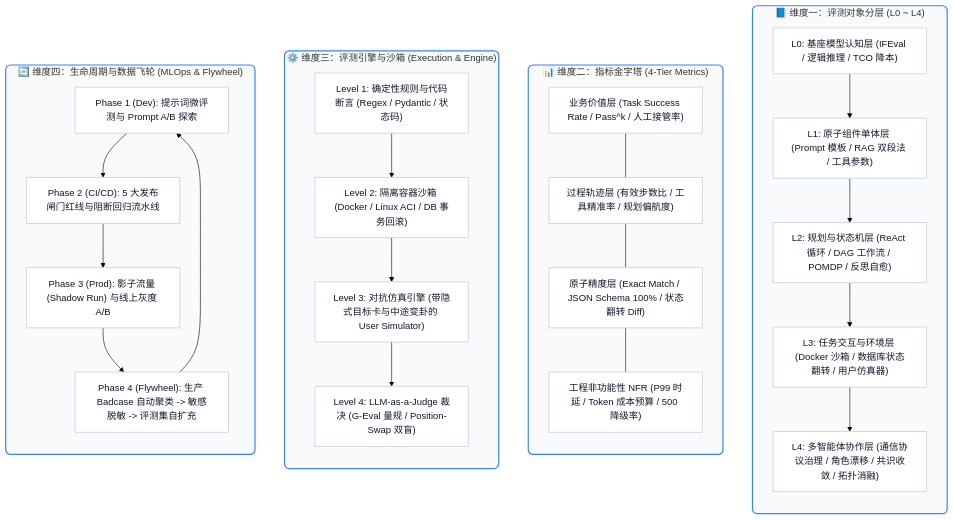
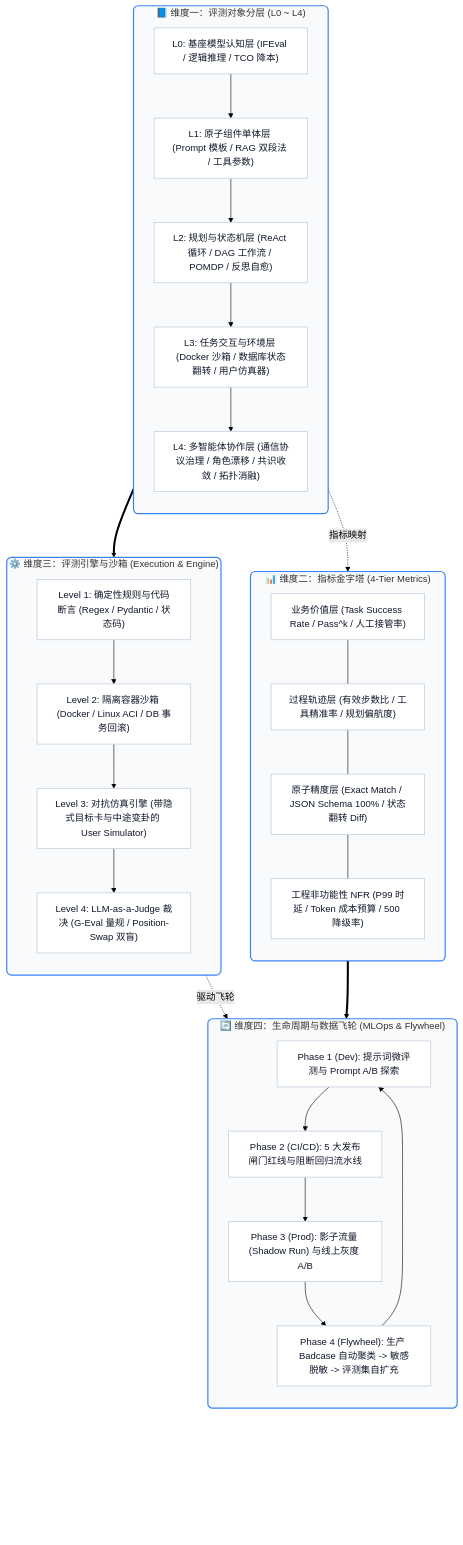
One commit to Anlon-27/awesome-agent-eval changed the diagram in README.md. Above: the diagram before and after it, drawn with Mermaid (forest theme). The commit also changed 2 other files, not shown here.

Commit message:
style(docs): Add bottom-right safe padding to Mermaid diagrams to prevent GitHub zoom controls occlusion

````diff
--- a/README.md
+++ b/README.md
@@ -28,50 +28,60 @@
 ```mermaid
 flowchart TD
     classDef stageBox fill:#f8fafc,stroke:#3b82f6,stroke-width:2px,rx:8px,ry:8px;
     classDef stepNode fill:#ffffff,stroke:#cbd5e1,stroke-width:1.5px,color:#0f172a;
 
     subgraph D1["📘 维度一：评测对象分层 (L0 ~ L4)"]
         direction TB
         L0["L0: 基座模型认知层 (IFEval / 逻辑推理 / TCO 降本)"]
         L1["L1: 原子组件单体层 (Prompt 模板 / RAG 双段法 / 工具参数)"]
         L2["L2: 规划与状态机层 (ReAct 循环 / DAG 工作流 / POMDP / 反思自愈)"]
         L3["L3: 任务交互与环境层 (Docker 沙箱 / 数据库状态翻转 / 用户仿真器)"]
         L4["L4: 多智能体协作层 (通信协议治理 / 角色漂移 / 共识收敛 / 拓扑消融)"]
         L0 --> L1 --> L2 --> L3 --> L4
     end
-    class D1 stageBox;
-    class L0,L1,L2,L3,L4 stepNode;
 
     subgraph D2["📊 维度二：指标金字塔 (4-Tier Metrics)"]
         direction TB
         M1["业务价值层 (Task Success Rate / Pass^k / 人工接管率)"]
         M2["过程轨迹层 (有效步数比 / 工具精准率 / 规划偏航度)"]
         M3["原子精度层 (Exact Match / JSON Schema 100% / 状态翻转 Diff)"]
         M4["工程非功能性 NFR (P99 时延 / Token 成本预算 / 500 降级率)"]
         M1 --- M2 --- M3 --- M4
     end
-    class D2 stageBox;
-    class M1,M2,M3,M4 stepNode;
 
     subgraph D3["⚙️ 维度三：评测引擎与沙箱 (Execution & Engine)"]
         direction TB
         E1["Level 1: 确定性规则与代码断言 (Regex / Pydantic / 状态码)"]
         E2["Level 2: 隔离容器沙箱 (Docker / Linux ACI / DB 事务回滚)"]
         E3["Level 3: 对抗仿真引擎 (带隐式目标卡与中途变卦的 User Simulator)"]
         E4["Level 4: LLM-as-a-Judge 裁决 (G-Eval 量规 / Position-Swap 双盲)"]
         E1 --> E2 --> E3 --> E4
     end
-    class D3 stageBox;
-    class E1,E2,E3,E4 stepNode;
 
     subgraph D4["🔄 维度四：生命周期与数据飞轮 (MLOps & Flywheel)"]
         direction TB
         P1["Phase 1 (Dev): 提示词微评测与 Prompt A/B 探索"]
         P2["Phase 2 (CI/CD): 5 大发布闸门红线与阻断回归流水线"]
         P3["Phase 3 (Prod): 影子流量 (Shadow Run) 与线上灰度 A/B"]
         P4["Phase 4 (Flywheel): 生产 Badcase 自动聚类 -> 敏感脱敏 -> 评测集自扩充"]
         P1 --> P2 --> P3 --> P4 --> P1
     end
-    class D4 stageBox;
-    class P1,P2,P3,P4 stepNode;
+
+    D1 -. "指标映射" .-> D2
+    D3 -. "驱动飞轮" .-> D4
+    D1 ==> D3
+    D2 ==> D4
+
+    %% 专用安全垫片：预留 100px 空白，杜绝 GitHub 悬浮缩放按钮遮挡右下角文本
+    subgraph SafePadding[" "]
+        direction LR
+        padNode["&nbsp;<br>&nbsp;<br>&nbsp;"]
+    end
+    style SafePadding fill:transparent,stroke:transparent;
+    style padNode fill:transparent,stroke:transparent,color:transparent;
+    D3 ~~~ SafePadding
+    D4 ~~~ SafePadding
+
+    class D1,D2,D3,D4 stageBox;
+    class L0,L1,L2,L3,L4,M1,M2,M3,M4,E1,E2,E3,E4,P1,P2,P3,P4 stepNode;
 ```
````
